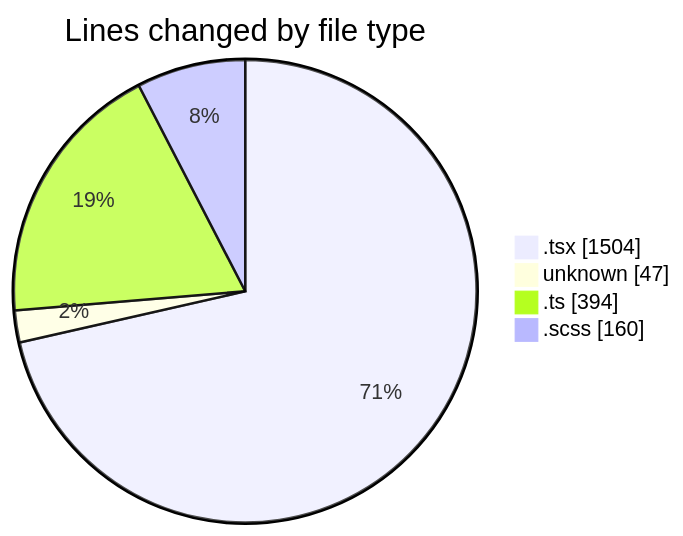
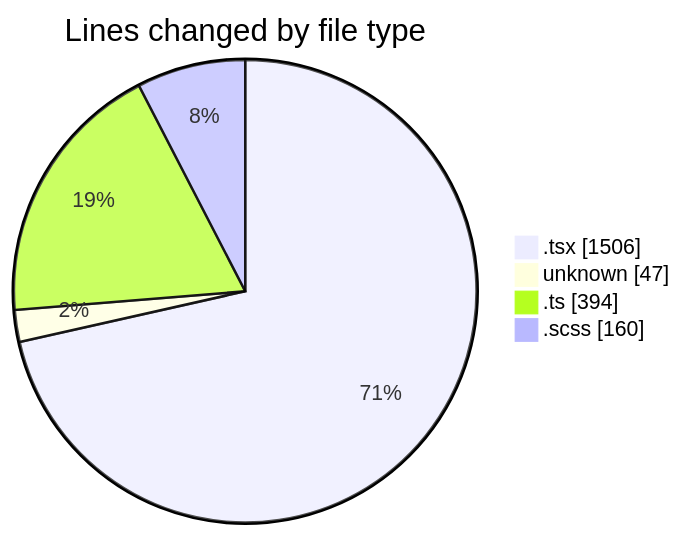
One commit to momahboobian/code-tracking changed the first of 2 diagrams in 2025-09-18/cda/README.md. Above: the diagram before and after it, drawn with Mermaid. The commit also changed other lines of this file and 1 other file, not shown here.

````diff
--- a/2025-09-18/cda/README.md
+++ b/2025-09-18/cda/README.md
@@ -25,8 +25,8 @@
 ```mermaid
 pie showData
 title Lines changed by file type
-".tsx" : 1504
+".tsx" : 1506
 "unknown" : 47
 ".ts" : 394
 ".scss" : 160
 ```
````
